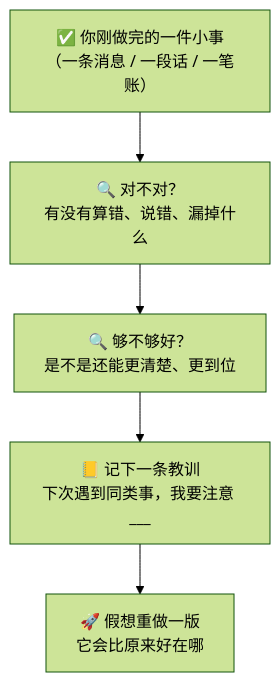
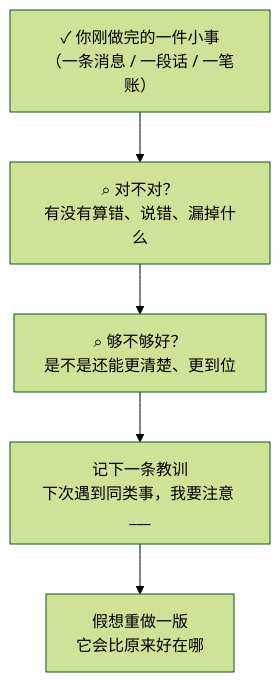
The fourth of 5 diagrams in docs/02_CONCEPTS_概念入门/CONCEPT/[CONCEPT-22] 什么是反思-Reflection.md (luckykhy/KhyAiHub), drawn with Mermaid (forest theme) before and after one commit. The commit also changed other lines of this file, not shown here.

````diff
--- a/docs/02_CONCEPTS_概念入门/CONCEPT/[CONCEPT-22] 什么是反思-Reflection.md
+++ b/docs/02_CONCEPTS_概念入门/CONCEPT/[CONCEPT-22] 什么是反思-Reflection.md
@@ -224,8 +224,8 @@
 ```mermaid
 flowchart TB
-  D["✅ 你刚做完的一件小事<br/>（一条消息 / 一段话 / 一笔账）"]
-  D --> Q1["🔍 对不对？<br/>有没有算错、说错、漏掉什么"]
-  Q1 --> Q2["🔍 够不够好？<br/>是不是还能更清楚、更到位"]
-  Q2 --> L["📒 记下一条教训<br/>下次遇到同类事，我要注意 ___"]
-  L --> R["🚀 假想重做一版<br/>它会比原来好在哪"]
+  D["✓ 你刚做完的一件小事<br/>（一条消息 / 一段话 / 一笔账）"]
+  D --> Q1["⌕ 对不对？<br/>有没有算错、说错、漏掉什么"]
+  Q1 --> Q2["⌕ 够不够好？<br/>是不是还能更清楚、更到位"]
+  Q2 --> L["记下一条教训<br/>下次遇到同类事，我要注意 ___"]
+  L --> R["假想重做一版<br/>它会比原来好在哪"]
 ```
````
